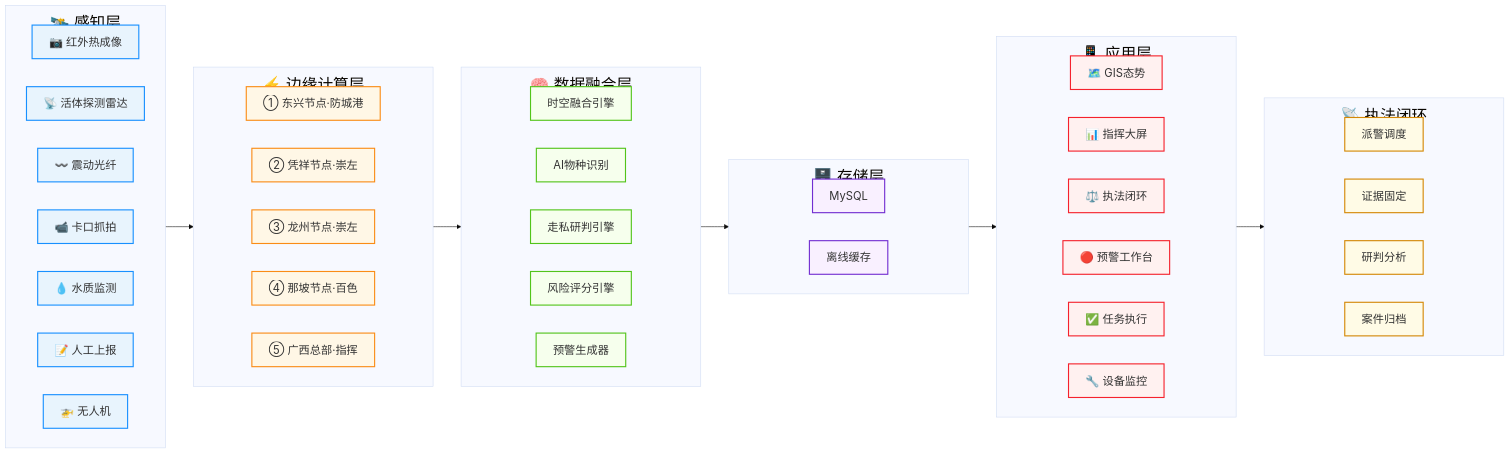
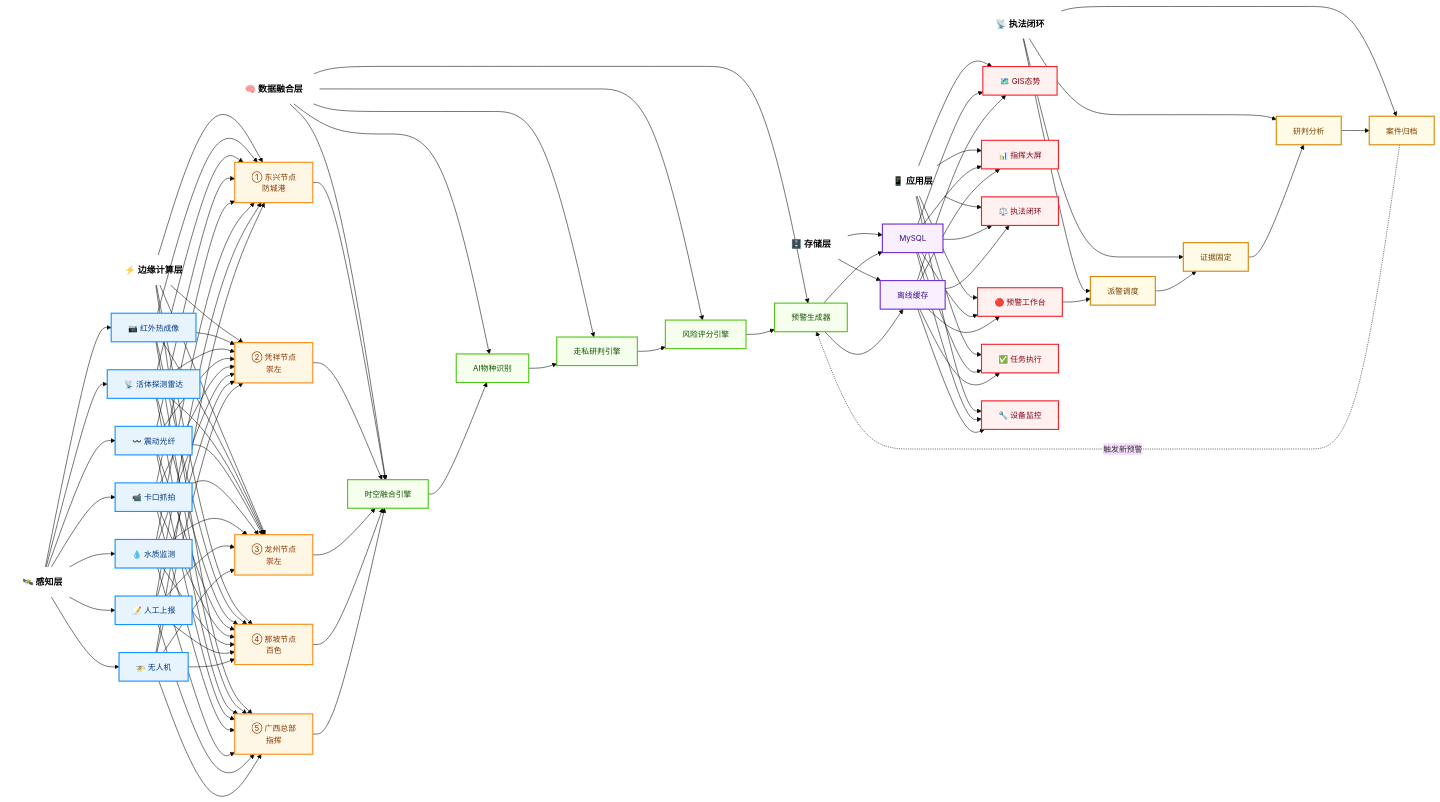
One commit to ppqqmeimei-create/reyanqinxiao changed the diagram in architecture/README.md. Above: the diagram before and after it, drawn with Mermaid.

Commit message:
style: 所有29个模块横向排列在同一行
Made-with: Cursor

````diff
--- a/architecture/README.md
+++ b/architecture/README.md
@@ -27,80 +27,83 @@
 ```mermaid
-%%{init: {'theme': 'base', 'themeVariables': { 'fontSize': '20px', 'titleFontSize': '24px', 'nodeSpacing': '50', 'rankSpacing': '80', 'subGraphTitleMarginTop': '10', 'subGraphTitleMarginBottom': '10'}}}%%
+%%{init: {'theme': 'base', 'themeVariables': { 'fontSize': '14px', 'nodeSpacing': '25', 'rankSpacing': '120'}}}%%
 flowchart LR
-    %% ============ 感知层 ============
-    subgraph S1["<div style='text-align: center; font-size: 28px; padding: 10px;'>🛰️ 感知层</div>"]
-        direction LR
-        S1_1["📷 红外热成像"]
-        S1_2["📡 活体探测雷达"]
-        S1_3["〰️ 震动光纤"]
-        S1_4["📹 卡口抓拍"]
-        S1_5["💧 水质监测"]
-        S1_6["📝 人工上报"]
-        S1_7["🚁 无人机"]
-    end
+    %% ============ 模块标题 ============
+    T1["<b>🛰️ 感知层</b>"]
+    T2["<b>⚡ 边缘计算层</b>"]
+    T3["<b>🧠 数据融合层</b>"]
+    T4["<b>🗄️ 存储层</b>"]
+    T5["<b>📱 应用层</b>"]
+    T6["<b>📡 执法闭环</b>"]
 
-    %% ============ 边缘计算层 ============
-    subgraph S2["<div style='text-align: center; font-size: 28px; padding: 10px; min-width: 400px;'>⚡ 边缘计算层</div>"]
-        direction LR
-        E1["① 东兴节点·防城港"]
-        E2["② 凭祥节点·崇左"]
-        E3["③ 龙州节点·崇左"]
-        E4["④ 那坡节点·百色"]
-        E5["⑤ 广西总部·指挥"]
-    end
+    %% ============ 感知层（7个） ============
+    S1_1["📷 红外热成像"]
+    S1_2["📡 活体探测雷达"]
+    S1_3["〰️ 震动光纤"]
+    S1_4["📹 卡口抓拍"]
+    S1_5["💧 水质监测"]
+    S1_6["📝 人工上报"]
+    S1_7["🚁 无人机"]
 
-    %% ============ 数据融合层 ============
-    subgraph S3["<div style='text-align: center; font-size: 28px; padding: 10px; min-width: 400px;'>🧠 数据融合层</div>"]
-        direction LR
-        FUSE["时空融合引擎"]
-        AI["AI物种识别"]
-        JUDGE["走私研判引擎"]
-        RISK["风险评分引擎"]
-        SSE["预警生成器"]
-    end
+    %% ============ 边缘计算层（5个） ============
+    E1["① 东兴节点<br/>防城港"]
+    E2["② 凭祥节点<br/>崇左"]
+    E3["③ 龙州节点<br/>崇左"]
+    E4["④ 那坡节点<br/>百色"]
+    E5["⑤ 广西总部<br/>指挥"]
 
-    %% ============ 存储层 ============
-    subgraph S4["<div style='text-align: center; font-size: 28px; padding: 10px; min-width: 400px;'>🗄️ 存储层</div>"]
-        direction LR
-        DB["MySQL"]
-        CACHE["离线缓存"]
-    end
+    %% ============ 数据融合层（5个） ============
+    FUSE["时空融合引擎"]
+    AI["AI物种识别"]
+    JUDGE["走私研判引擎"]
+    RISK["风险评分引擎"]
+    SSE["预警生成器"]
 
-    %% ============ 应用层 ============
-    subgraph S5["<div style='text-align: center; font-size: 28px; padding: 10px; min-width: 400px;'>📱 应用层</div>"]
-        direction LR
-        P1["🗺️ GIS态势"]
-        P2["📊 指挥大屏"]
-        P3["⚖️ 执法闭环"]
-        P4["🔴 预警工作台"]
-        P5["✅ 任务执行"]
-        P6["🔧 设备监控"]
-    end
+    %% ============ 存储层（2个） ============
+    DB["MySQL"]
+    CACHE["离线缓存"]
 
-    %% ============ 执法闭环 ============
-    subgraph LOOP["<div style='text-align: center; font-size: 28px; padding: 10px; min-width: 400px;'>📡 执法闭环</div>"]
-        direction LR
-        DISPATCH["派警调度"]
-        EVIDENCE["证据固定"]
-        RESEARCH["研判分析"]
-        CLOSE["案件归档"]
-    end
+    %% ============ 应用层（6个） ============
+    P1["🗺️ GIS态势"]
+    P2["📊 指挥大屏"]
+    P3["⚖️ 执法闭环"]
+    P4["🔴 预警工作台"]
+    P5["✅ 任务执行"]
+    P6["🔧 设备监控"]
 
-    %% ============ 数据流向 ============
-    S1 --> S2
-    S2 --> S3
-    S3 --> S4
-    S4 --> S5
-    S5 --> LOOP
+    %% ============ 执法闭环（4个） ============
+    DISPATCH["派警调度"]
+    EVIDENCE["证据固定"]
+    RESEARCH["研判分析"]
+    CLOSE["案件归档"]
+
+    %% ============ 标题与模块连接 ============
+    T1 --> S1_1 & S1_2 & S1_3 & S1_4 & S1_5 & S1_6 & S1_7
+    T2 --> E1 & E2 & E3 & E4 & E5
+    T3 --> FUSE & AI & JUDGE & RISK & SSE
+    T4 --> DB & CACHE
+    T5 --> P1 & P2 & P3 & P4 & P5 & P6
+    T6 --> DISPATCH & EVIDENCE & RESEARCH & CLOSE
+
+    %% ============ 数据流向（跨层连接） ============
+    S1_1 & S1_2 & S1_3 & S1_4 & S1_5 & S1_6 & S1_7 --> E1 & E2 & E3 & E4 & E5
+    E1 & E2 & E3 & E4 & E5 --> FUSE
+    FUSE --> AI --> JUDGE --> RISK --> SSE
+    SSE --> DB & CACHE
+    DB & CACHE --> P1 & P2 & P3 & P4 & P5 & P6
+    P4 --> DISPATCH
+    DISPATCH --> EVIDENCE --> RESEARCH --> CLOSE
+    CLOSE -.->|触发新预警| SSE
 
     %% ============ 样式定义 ============
-    classDef SENSOR fill:#e8f4fd,stroke:#1890ff,stroke-width:2px
-    classDef EDGE fill:#fff7e6,stroke:#fa8c16,stroke-width:2px
-    classDef FUSION fill:#f6ffed,stroke:#52c41a,stroke-width:2px
-    classDef STORE fill:#f9f0ff,stroke:#722ed1,stroke-width:2px
-    classDef APP fill:#fff1f0,stroke:#f5222d,stroke-width:2px
-    classDef LOOP fill:#fffbe6,stroke:#d48806,stroke-width:2px
+    classDef TITLE fill:none,stroke:none,color:#000,font-weight:bold,font-size:16px
+    classDef SENSOR fill:#e8f4fd,stroke:#1890ff,stroke-width:2px,color:#003a8c
+    classDef EDGE fill:#fff7e6,stroke:#fa8c16,stroke-width:2px,color:#873800
+    classDef FUSION fill:#f6ffed,stroke:#52c41a,stroke-width:2px,color:#135200
+    classDef STORE fill:#f9f0ff,stroke:#722ed1,stroke-width:2px,color:#391085
+    classDef APP fill:#fff1f0,stroke:#f5222d,stroke-width:2px,color:#820014
+    classDef LOOP fill:#fffbe6,stroke:#d48806,stroke-width:2px,color:#7a4100
 
+    class T1,T2,T3,T4,T5,T6 TITLE
     class S1_1,S1_2,S1_3,S1_4,S1_5,S1_6,S1_7 SENSOR
     class E1,E2,E3,E4,E5 EDGE
     class FUSE,AI,JUDGE,RISK,SSE FUSION
````
